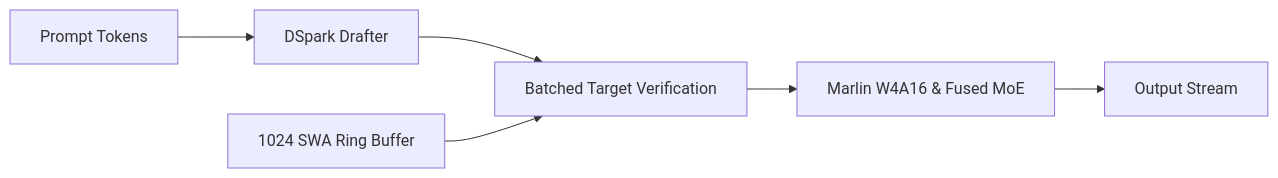
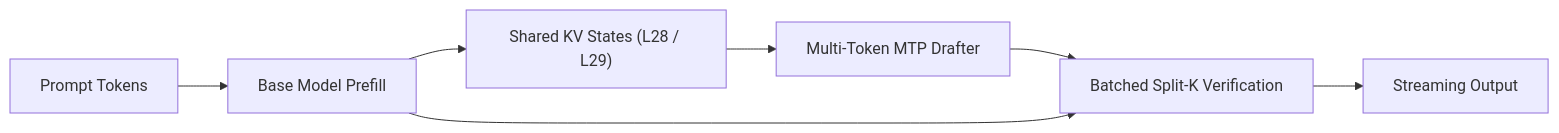
Before and after one commit to priyanshum17/gemmainfer: the diagram in README.md, drawn with Mermaid. The commit also changed other lines of this file and 24 other files, not shown here.

````diff
--- a/README.md
+++ b/README.md
@@ -11,8 +11,9 @@
 ```mermaid
 flowchart LR
-    A["Prompt Tokens"] --> B["DSpark Drafter"]
-    B --> C["Batched Target Verification"]
-    D["1024 SWA Ring Buffer"] --> C
-    C --> E["Marlin W4A16 & Fused MoE"]
-    E --> F["Output Stream"]
+    A["Prompt Tokens"] --> B["Base Model Prefill"]
+    B --> C["Shared KV States (L28 / L29)"]
+    C --> D["Multi-Token MTP Drafter"]
+    D --> E["Batched Split-K Verification"]
+    B --> E
+    E --> F["Streaming Output"]
 ```
````
